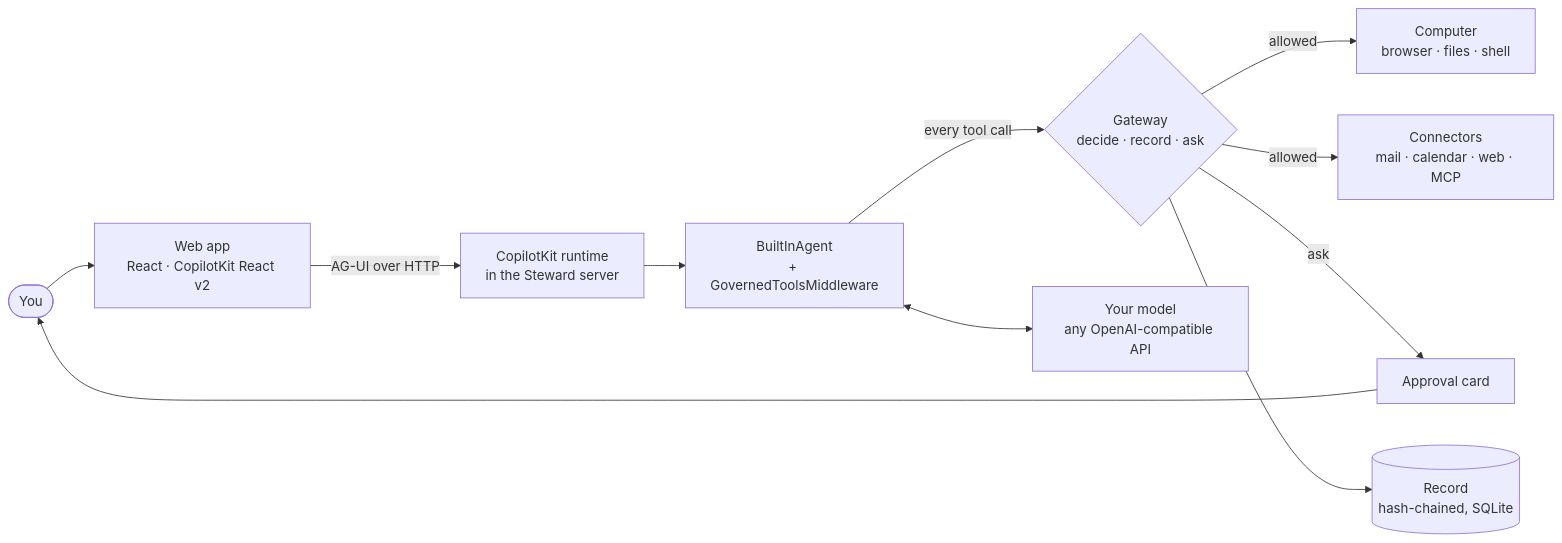
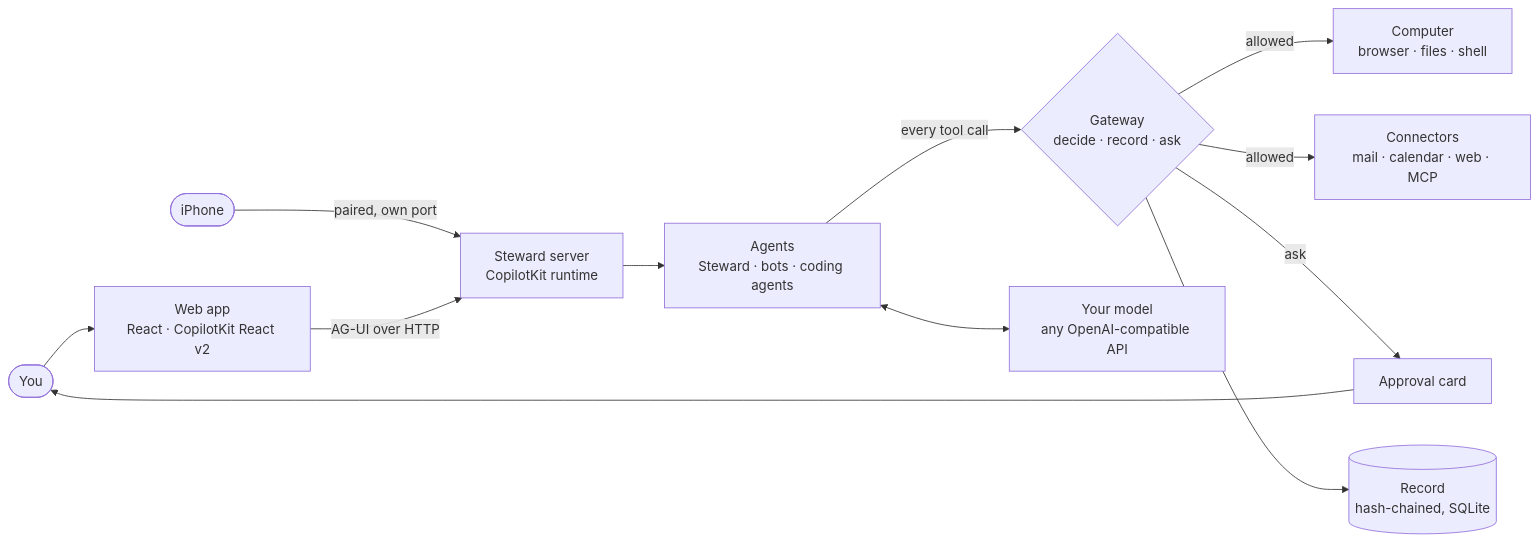
One commit to jeevithg090/Steward changed the diagram in README.md. Above: the diagram before and after it, drawn with Mermaid. The commit also changed other lines of this file and 9 other files, not shown here.

````diff
--- a/README.md
+++ b/README.md
@@ -132,12 +134,13 @@
 ```mermaid
 flowchart LR
     You([You]) --> Web["Web app<br/>React · CopilotKit React v2"]
-    Web -- "AG-UI over HTTP" --> Runtime["CopilotKit runtime<br/>in the Steward server"]
-    Runtime --> Agent["BuiltInAgent<br/>+ GovernedToolsMiddleware"]
+    Phone([iPhone]) -- "paired, own port" --> Server
+    Web -- "AG-UI over HTTP" --> Server["Steward server<br/>CopilotKit runtime"]
+    Server --> Agent["Agents<br/>Steward · bots · coding agents"]
     Agent -- "every tool call" --> Gateway{"Gateway<br/>decide · record · ask"}
     Gateway -- "allowed" --> Computer["Computer<br/>browser · files · shell"]
     Gateway -- "allowed" --> Connectors["Connectors<br/>mail · calendar · web · MCP"]
     Gateway -- "ask" --> Card["Approval card"] --> You
     Gateway --> Record[("Record<br/>hash-chained, SQLite")]
     Agent <--> Model["Your model<br/>any OpenAI-compatible API"]
 ```
````
